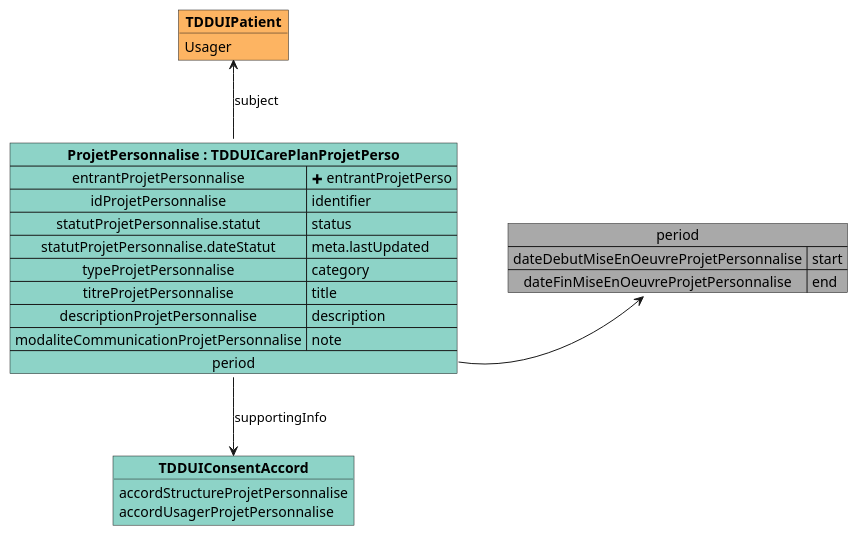
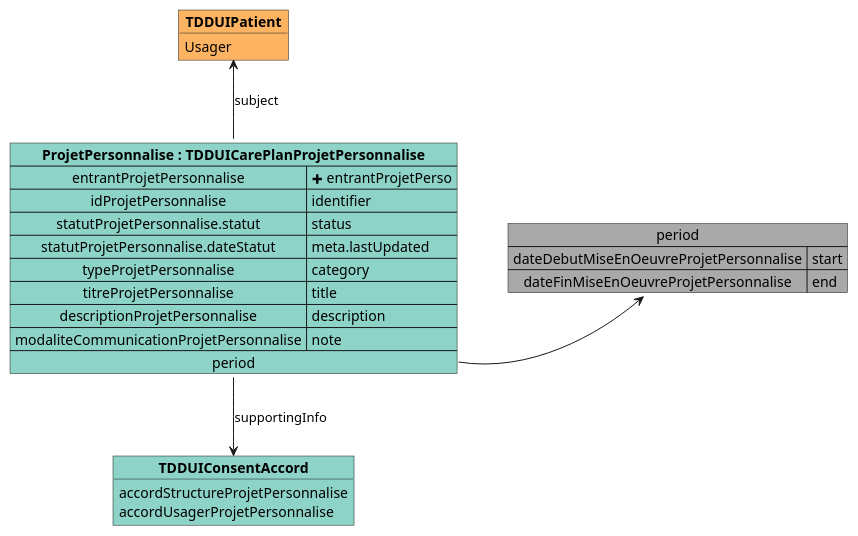
Before and after one commit to ansforge/IG-fhir-medicosocial-transfert-donnees-dui: the diagram in input/images-source/mapping_TDDUICarePlanProjetPerso.plantuml, drawn with PlantUML. The commit also changed 2 other files, not shown here.

```diff
--- a/input/images-source/mapping_TDDUICarePlanProjetPerso.plantuml
+++ b/input/images-source/mapping_TDDUICarePlanProjetPerso.plantuml
@@ -1,32 +1,32 @@
 @startuml
 
 map "period" as period #DarkGray {
     dateDebutMiseEnOeuvreProjetPersonnalise => start
     dateFinMiseEnOeuvreProjetPersonnalise => end
 }
 
 object "**TDDUIPatient**" as TDDUIPatient_subject #fdb462 {
     Usager
 }
 
 object "**TDDUIConsentAccord**" as TDDUIConsentAccord #8dd3c7 {
     accordStructureProjetPersonnalise
     accordUsagerProjetPersonnalise
 }
 
-map "**ProjetPersonnalise : TDDUICarePlanProjetPerso**" as ProjetPersonnalise #8dd3c7 {
+map "**ProjetPersonnalise : TDDUICarePlanProjetPersonnalise**" as ProjetPersonnalise #8dd3c7 {
     entrantProjetPersonnalise => <&plus> entrantProjetPerso
     idProjetPersonnalise => identifier
     statutProjetPersonnalise.statut => status
     statutProjetPersonnalise.dateStatut => meta.lastUpdated
     typeProjetPersonnalise => category
     titreProjetPersonnalise => title
     descriptionProjetPersonnalise => description
     modaliteCommunicationProjetPersonnalise => note
     period *-> period
 }
 
 ProjetPersonnalise -u-> TDDUIPatient_subject : subject
 ProjetPersonnalise -d-> TDDUIConsentAccord : supportingInfo
 
 @enduml
```
